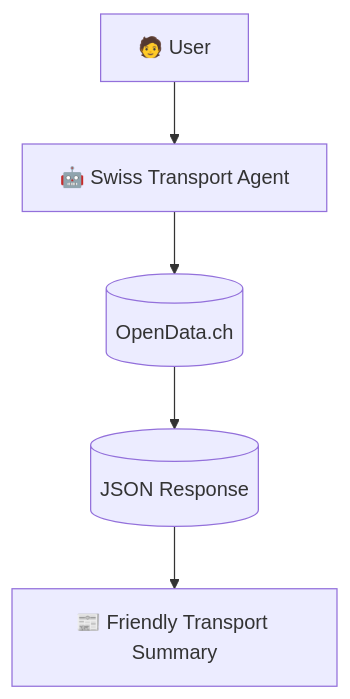
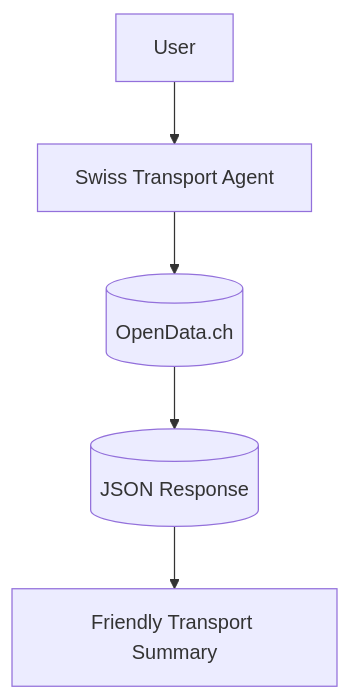
One commit to INNOQ-doc/innoq-doc changed the diagram in cookbook/swiss-transport-agent.mdx. Above: the diagram before and after it, drawn with Mermaid. The commit also changed other lines of this file and 1 other file, not shown here.

````diff
--- a/cookbook/swiss-transport-agent.mdx
+++ b/cookbook/swiss-transport-agent.mdx
@@ -22,8 +22,8 @@
 ```mermaid
 flowchart TD
-    User[🧑 User] --> Agent[🤖 Swiss Transport Agent]
+    User[User] --> Agent[Swiss Transport Agent]
     Agent --> API[(OpenData.ch)] 
     API --> Response[(JSON Response)]
-    Response --> Output[📰 Friendly Transport Summary]
+    Response --> Output[Friendly Transport Summary]
 
 ```
````
